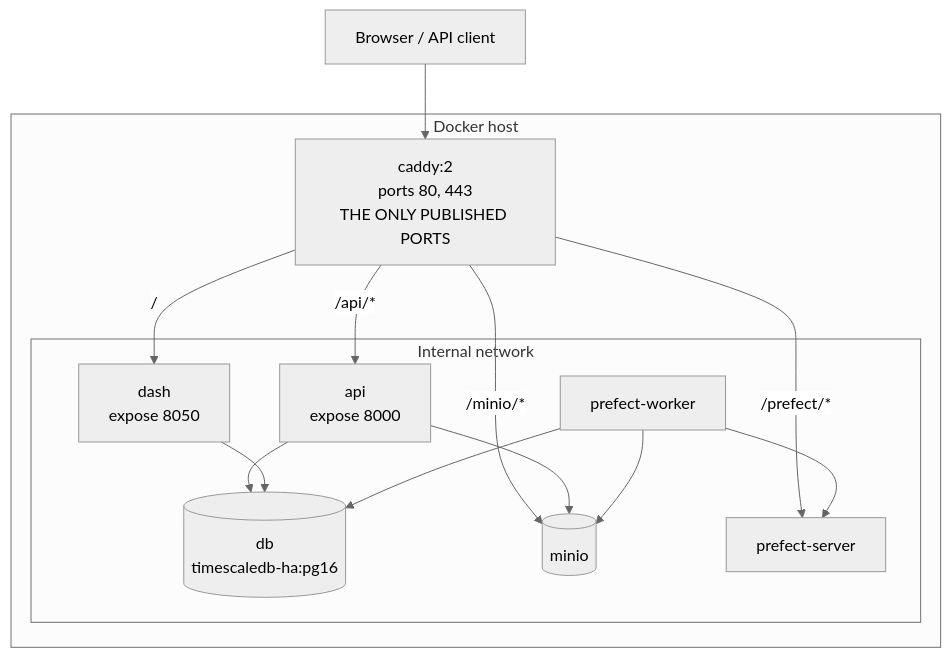
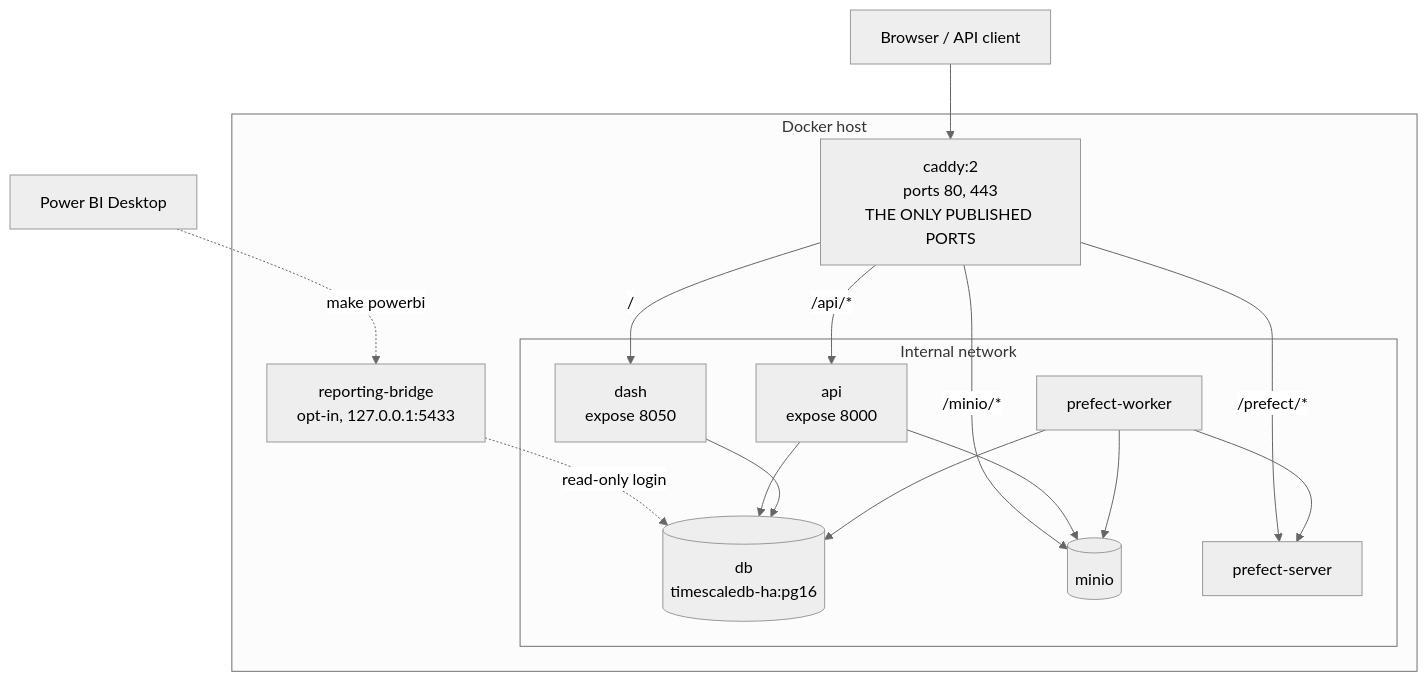
Before and after one commit to juanpablocarrillohortua/clarios_app: the fourth of 4 diagrams in docs/architecture.md, drawn with Mermaid (neutral theme). The commit also changed other lines of this file and 19 other files, not shown here.

First line of the commit message:
feat(reporting): add a read-only reporting schema and a Power BI bridge

````diff
--- a/docs/architecture.md
+++ b/docs/architecture.md
@@ -337,30 +337,36 @@
 ```mermaid
 flowchart TB
     USER["Browser / API client"]
 
     subgraph host["Docker host"]
         CADDY["caddy:2<br/>ports 80, 443<br/>THE ONLY PUBLISHED PORTS"]
 
         subgraph internal["Internal network"]
             API["api<br/>expose 8000"]
             DASH["dash<br/>expose 8050"]
             DB[("db<br/>timescaledb-ha:pg16")]
             MINIO[("minio")]
             PS["prefect-server"]
             PW["prefect-worker"]
         end
+
+        BRIDGE["reporting-bridge<br/>opt-in, 127.0.0.1:5433"]
     end
 
+    PBI["Power BI Desktop"]
+
     USER --> CADDY
+    PBI -.->|"make powerbi"| BRIDGE
+    BRIDGE -.->|"read-only login"| DB
     CADDY -->|/api/*| API
     CADDY -->|/| DASH
     CADDY -->|/prefect/*| PS
     CADDY -->|/minio/*| MINIO
 
     API --> DB
     API --> MINIO
     DASH --> DB
     PW --> PS
     PW --> DB
     PW --> MINIO
 ```
````
